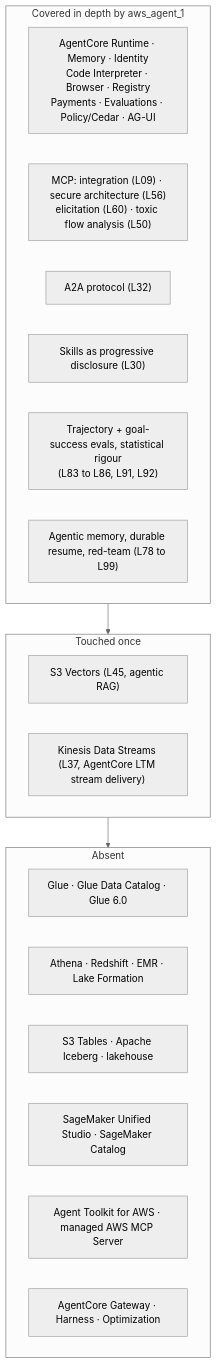
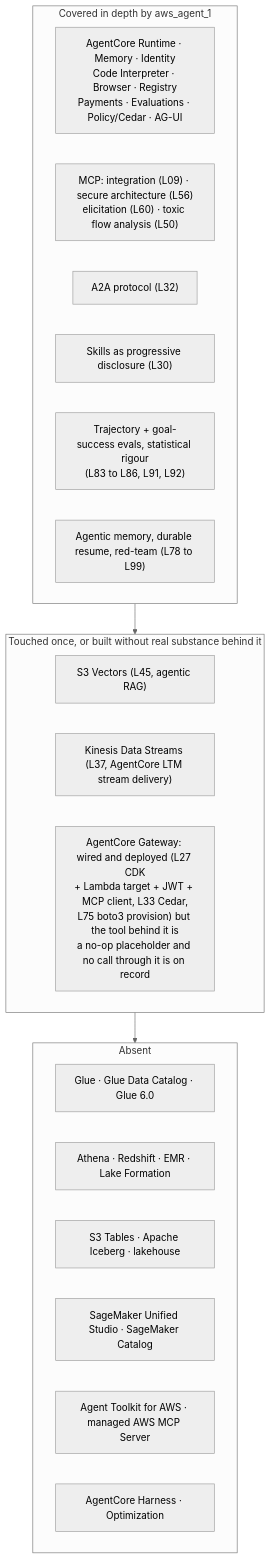
One commit to snymanpaul/aws_agent_1 changed the first of 2 diagrams in docs/assessment-aws-agent-1-cross-reference.md. Above: the diagram before and after it, drawn with Mermaid (neutral theme). The commit also changed other lines of this file and 4 other files, not shown here.

````diff
--- a/docs/assessment-aws-agent-1-cross-reference.md
+++ b/docs/assessment-aws-agent-1-cross-reference.md
@@ -39,24 +45,25 @@
 ```mermaid
 flowchart TB
     subgraph COV["Covered in depth by aws_agent_1"]
         C1["AgentCore Runtime · Memory · Identity<br/>Code Interpreter · Browser · Registry<br/>Payments · Evaluations · Policy/Cedar · AG-UI"]
         C2["MCP: integration (L09) · secure architecture (L56)<br/>elicitation (L60) · toxic flow analysis (L50)"]
         C3["A2A protocol (L32)"]
         C4["Skills as progressive disclosure (L30)"]
         C5["Trajectory + goal-success evals, statistical rigour<br/>(L83 to L86, L91, L92)"]
         C6["Agentic memory, durable resume, red-team (L78 to L99)"]
     end
-    subgraph THIN["Touched once"]
+    subgraph THIN["Touched once, or built without real substance behind it"]
         T1["S3 Vectors (L45, agentic RAG)"]
         T2["Kinesis Data Streams (L37, AgentCore LTM stream delivery)"]
+        T3["AgentCore Gateway: wired and deployed (L27 CDK<br/>+ Lambda target + JWT + MCP client, L33 Cedar,<br/>L75 boto3 provision) but the tool behind it is<br/>a no-op placeholder and no call through it is on record"]
     end
     subgraph GAP["Absent"]
         G1["Glue · Glue Data Catalog · Glue 6.0"]
         G2["Athena · Redshift · EMR · Lake Formation"]
         G3["S3 Tables · Apache Iceberg · lakehouse"]
         G4["SageMaker Unified Studio · SageMaker Catalog"]
         G5["Agent Toolkit for AWS · managed AWS MCP Server"]
-        G6["AgentCore Gateway · Harness · Optimization"]
+        G6["AgentCore Harness · Optimization"]
     end
     COV --> THIN --> GAP
 ```
````
